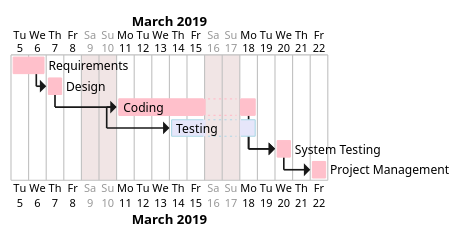
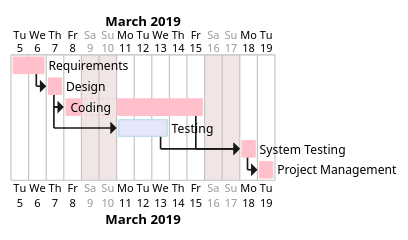
One commit to salvatore-dimartino/LaTazza changed the diagram in templates/templates_EstimationTemplate.md. Above: the diagram before and after it, drawn with PlantUML.

````diff
--- a/templates/templates_EstimationTemplate.md
+++ b/templates/templates_EstimationTemplate.md
@@ -62,14 +62,14 @@
 ```plantuml
 @startgantt
 project starts the 2019/03/5
 sunday are closed
 saturday are closed
 [Requirements] lasts 2 days and is colored in Pink
 [Design] lasts 1 days and starts 0 days after [Requirements]'s end and is colored in Pink
-[Coding] lasts 6 days and starts 1 days after [Design]'s end and is colored in Pink
+[Coding] lasts 6 days and starts 0 days after [Design]'s end and is colored in Pink
 [Testing] lasts 3 days and starts 3 days after [Coding]'s start and is colored in Lavender/LightBlue
-[System Testing] lasts 1 days and starts 1 days after [Coding]'s end and is colored in Pink
-[Project Management] lasts 1 days and starts 1 days after [System Testing]'s end and is colored in Pink
-[System Testing] starts 1 days after [Testing]'s end and is colored in Pink
+[System Testing] lasts 1 days and starts 0 days after [Coding]'s end and is colored in Pink
+[Project Management] lasts 1 days and starts 0 days after [System Testing]'s end and is colored in Pink
+[System Testing] starts 0 days after [Testing]'s end and is colored in Pink
 @endgantt
 ```
````
